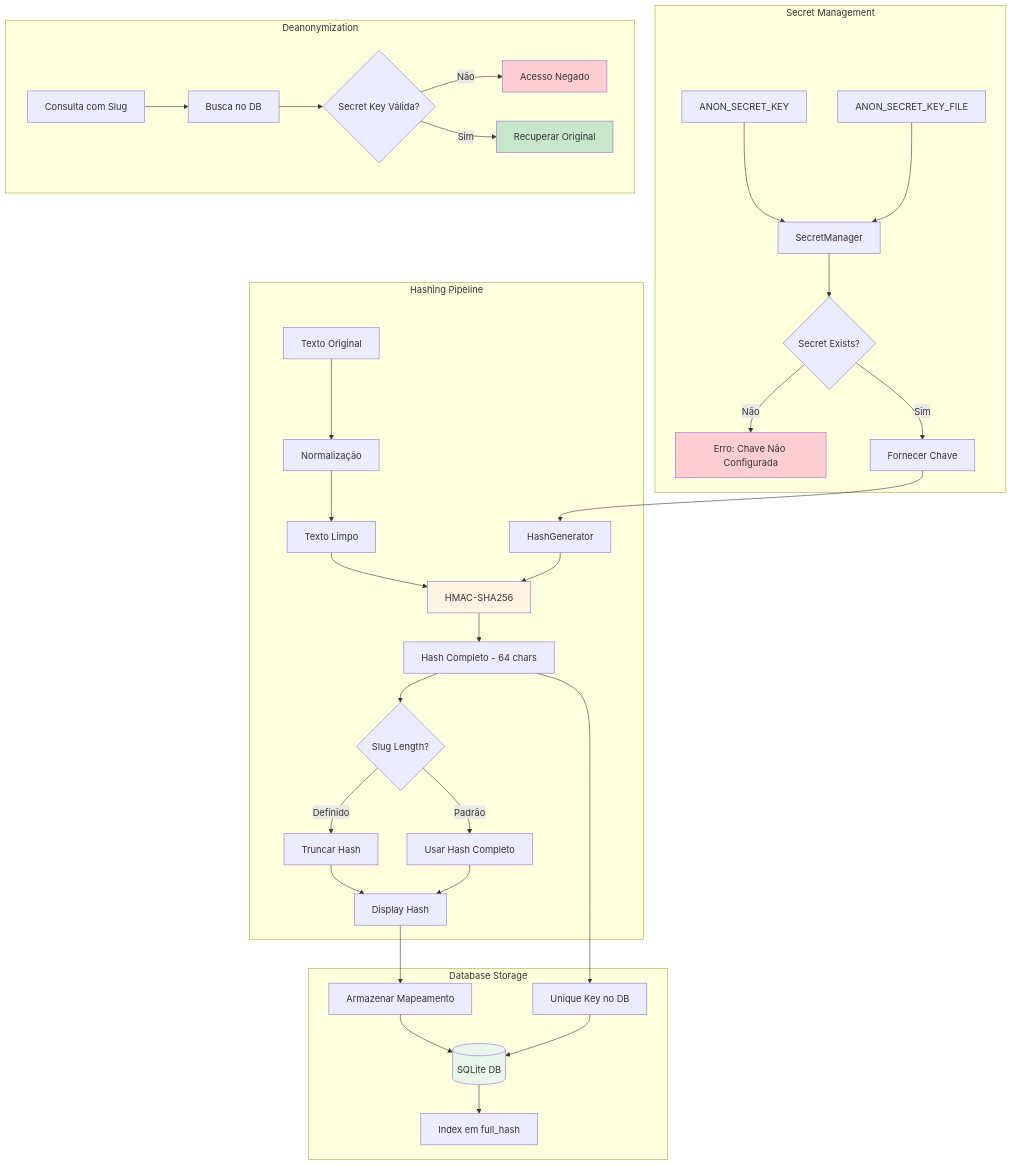
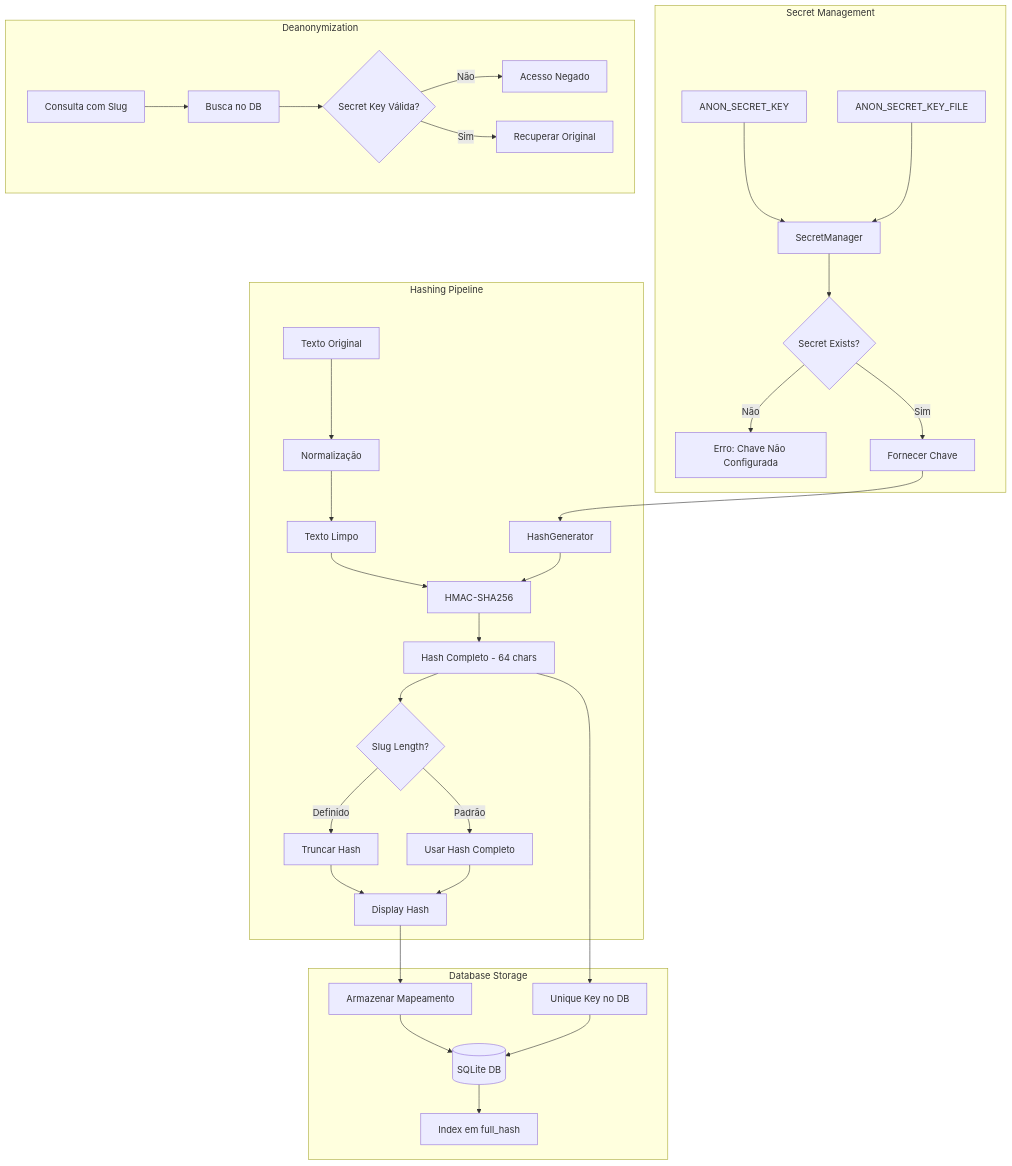
Before and after one commit to AnonShield/anonshield: the sixth of 24 diagrams in docs/diagrams.md, drawn with Mermaid. The commit also changed other lines of this file, not shown here.

First line of the commit message:
Remove style definitions from diagrams

````diff
--- a/docs/diagrams.md
+++ b/docs/diagrams.md
@@ -264,49 +248,45 @@
 ```mermaid
 graph TB
     subgraph "Secret Management"
         EnvVar1[ANON_SECRET_KEY] --> SecMgr[SecretManager]
         EnvVar2[ANON_SECRET_KEY_FILE] --> SecMgr
         SecMgr --> Validate{Secret Exists?}
         Validate -->|Não| Error[Erro: Chave Não Configurada]
         Validate -->|Sim| Provide[Fornecer Chave]
     end
     
     subgraph "Hashing Pipeline"
         Provide --> HashGen[HashGenerator]
         Text[Texto Original] --> Normalize[Normalização]
         Normalize --> CleanText[Texto Limpo]
         
         CleanText & HashGen --> HMAC[HMAC-SHA256]
         HMAC --> FullHash[Hash Completo - 64 chars]
         
         FullHash --> Slug{Slug Length?}
         Slug -->|Definido| Truncate[Truncar Hash]
         Slug -->|Padrão| UseHull[Usar Hash Completo]
         
         Truncate --> DisplayHash[Display Hash]
         UseHull --> DisplayHash
     end
     
     subgraph "Database Storage"
         DisplayHash --> Store[Armazenar Mapeamento]
         FullHash --> UniqueKey[Unique Key no DB]
         
         Store --> DB[(SQLite DB)]
         UniqueKey --> DB
         
         DB --> Index[Index em full_hash]
     end
     
     subgraph "Deanonymization"
         Query[Consulta com Slug] --> Lookup[Busca no DB]
         Lookup --> RequireKey{Secret Key Válida?}
         RequireKey -->|Não| DenyAccess[Acesso Negado]
         RequireKey -->|Sim| RetrieveOriginal[Recuperar Original]
     end
     
-    style Error fill:#ffcdd2
-    style HMAC fill:#fff4e1
-    style DB fill:#e8f5e9
-    style DenyAccess fill:#ffcdd2
-    style RetrieveOriginal fill:#c8e6c9
+
 ```
````
